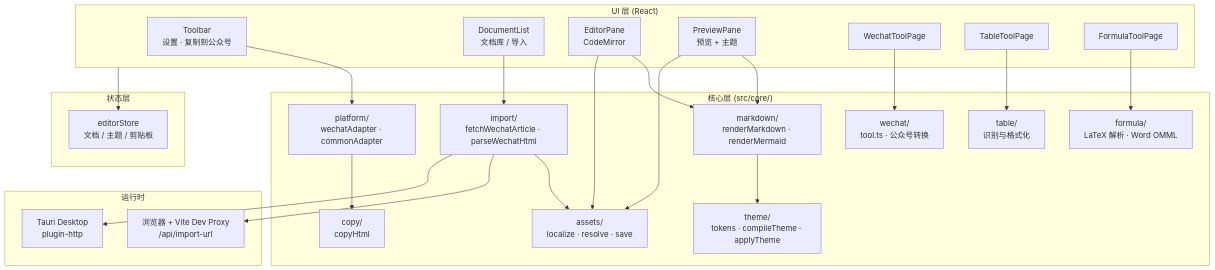
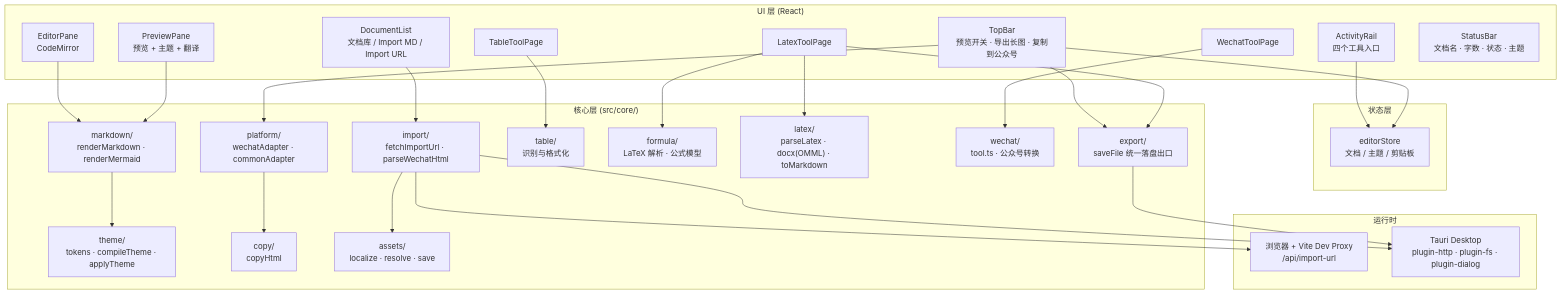
Before and after one commit to mo21cn/Baker-Writing-Studio: the diagram in README.md, drawn with Mermaid. The commit also changed other lines of this file and 2 other files, not shown here.

````diff
--- a/README.md
+++ b/README.md
@@ -133,47 +250,54 @@
 ```mermaid
 flowchart TB
   subgraph UI["UI 层 (React)"]
-    TB[Toolbar<br/>设置 · 复制到公众号]
-    DL[DocumentList<br/>文档库 / 导入]
+    RAIL[ActivityRail<br/>四个工具入口]
+    TOP[TopBar<br/>预览开关 · 导出长图 · 复制到公众号]
+    DL[DocumentList<br/>文档库 / Import MD / Import URL]
     EP[EditorPane<br/>CodeMirror]
-    PP[PreviewPane<br/>预览 + 主题]
+    PP[PreviewPane<br/>预览 + 主题 + 翻译]
     WT[WechatToolPage]
     TT[TableToolPage]
-    FT[FormulaToolPage]
+    LT[LatexToolPage]
+    SB[StatusBar<br/>文档名 · 字数 · 状态 · 主题]
   end
 
   subgraph State["状态层"]
     ZS["editorStore<br/>文档 / 主题 / 剪贴板"]
   end
 
   subgraph Core["核心层 (src/core/)"]
     MD["markdown/<br/>renderMarkdown · renderMermaid"]
     TH["theme/<br/>tokens · compileTheme · applyTheme"]
     PL["platform/<br/>wechatAdapter · commonAdapter"]
     CP["copy/<br/>copyHtml"]
-    IM["import/<br/>fetchWechatArticle · parseWechatHtml"]
+    IM["import/<br/>fetchImportUrl · parseWechatHtml"]
     TBL["table/<br/>识别与格式化"]
-    FRM["formula/<br/>LaTeX 解析 · Word OMML"]
+    FRM["formula/<br/>LaTeX 解析 · 公式模型"]
+    LATEX["latex/<br/>parseLatex · docx(OMML) · toMarkdown"]
     WCT["wechat/<br/>tool.ts · 公众号转换"]
     AS["assets/<br/>localize · resolve · save"]
+    EX["export/<br/>saveFile 统一落盘出口"]
   end
 
   subgraph Runtime["运行时"]
     WEB["浏览器 + Vite Dev Proxy<br/>/api/import-url"]
-    TAU["Tauri Desktop<br/>plugin-http"]
+    TAU["Tauri Desktop<br/>plugin-http · plugin-fs · plugin-dialog"]
   end
 
-  UI --> ZS
+  RAIL --> ZS
+  TOP --> ZS
+  DL --> IM
   EP --> MD
   PP --> MD --> TH
-  TB --> PL --> CP
-  DL --> IM
+  TOP --> PL --> CP
   IM --> AS
   WT --> WCT
   TT --> TBL
-  FT --> FRM
+  LT --> FRM
+  LT --> LATEX
+  TOP --> EX
+  LT --> EX
   IM --> WEB
   IM --> TAU
-  EP --> AS
-  PP --> AS
+  EX --> TAU
 ```
````
